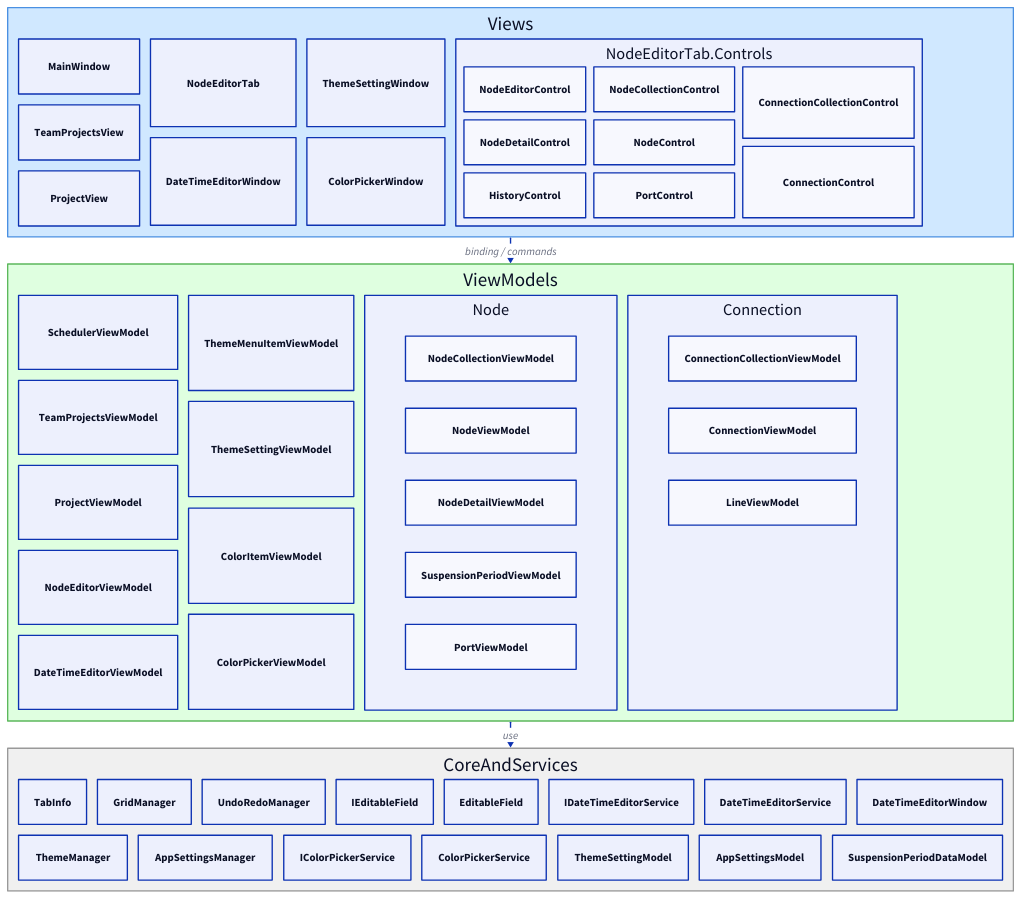
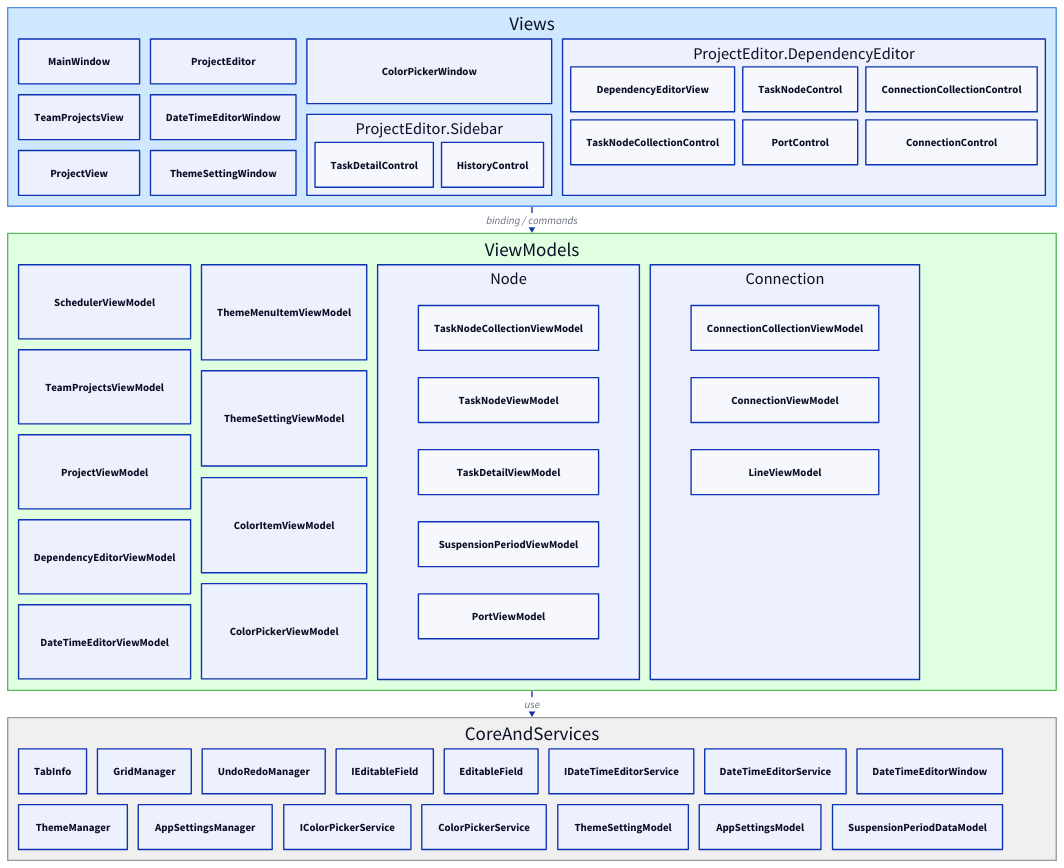
The first of 5 diagrams in documentation/task_editor_spec.md (WhiteCatMonar/WcmScheduler), drawn with D2 before and after one commit. The commit also changed other lines of this file and 90 other files, not shown here.

```diff
--- a/documentation/task_editor_spec.md
+++ b/documentation/task_editor_spec.md
@@ -288,19 +288,24 @@
   MainWindow
   TeamProjectsView
   ProjectView
-  NodeEditorTab
+  ProjectEditor
   DateTimeEditorWindow
   ThemeSettingWindow
   ColorPickerWindow
 
-  controls: "NodeEditorTab.Controls" {
+  sidebar: "ProjectEditor.Sidebar" {
+    grid-columns: 2
+    grid-gap: 12
+    TaskDetailControl
+    HistoryControl
+  }
+
+  dependency-editor: "ProjectEditor.DependencyEditor" {
     grid-columns: 3
     grid-gap: 12
-    NodeEditorControl
-    NodeDetailControl
-    HistoryControl
-    NodeCollectionControl
-    NodeControl
+    DependencyEditorView
+    TaskNodeCollectionControl
+    TaskNodeControl
     PortControl
     ConnectionCollectionControl
     ConnectionControl
@@ -316,7 +321,7 @@
   SchedulerViewModel
   TeamProjectsViewModel
   ProjectViewModel
-  NodeEditorViewModel
+  DependencyEditorViewModel
 
   DateTimeEditorViewModel
   ThemeMenuItemViewModel
@@ -326,9 +331,9 @@
 
   node: Node {
     grid-rows: 5
-    NodeCollectionViewModel
-    NodeViewModel
-    NodeDetailViewModel
+    TaskNodeCollectionViewModel
+    TaskNodeViewModel
+    TaskDetailViewModel
     SuspensionPeriodViewModel
     PortViewModel
   }
```
